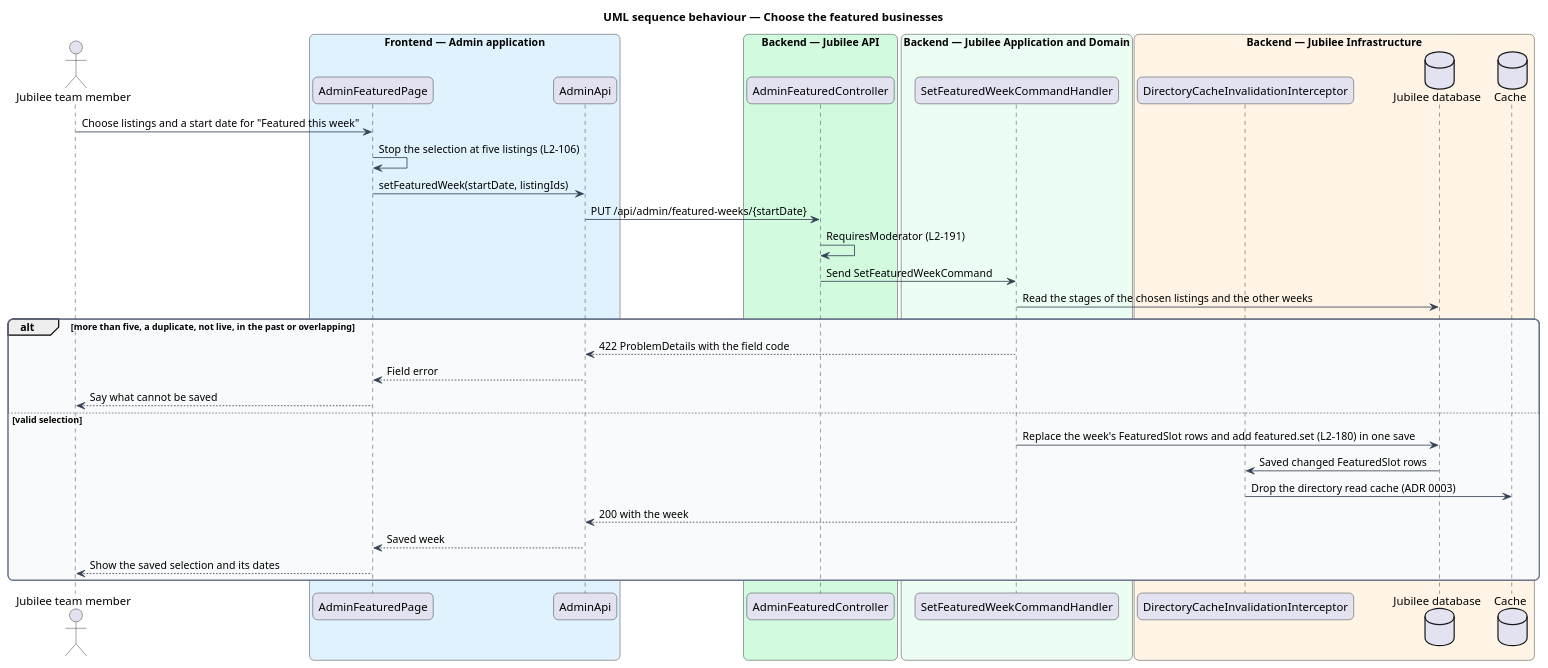
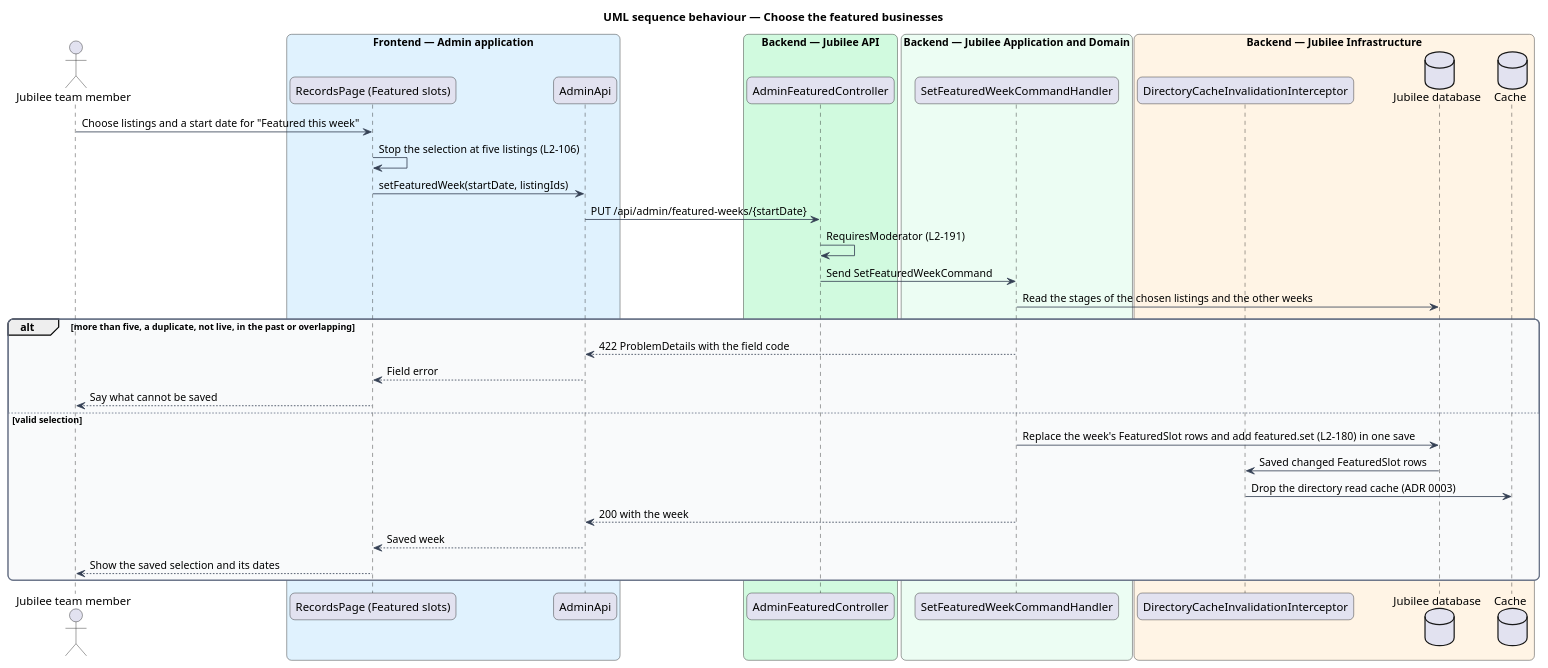
Before and after one commit to QuinntyneBrown/jubilee: the diagram in docs/detailed-designs/moderation/feature-businesses/diagrams/sequence-set-featured-week.puml, drawn with PlantUML. The commit also changed 81 other files, not shown here.

First line of the commit message:
docs(admin): design the schema-driven admin application (journey 35)

```diff
--- a/docs/detailed-designs/moderation/feature-businesses/diagrams/sequence-set-featured-week.puml
+++ b/docs/detailed-designs/moderation/feature-businesses/diagrams/sequence-set-featured-week.puml
@@ -1,52 +1,52 @@
 @startuml
 title UML sequence behaviour — Choose the featured businesses
 skinparam backgroundColor #FFFFFF
 skinparam shadowing false
 skinparam roundcorner 12
 skinparam defaultFontName Arial
 skinparam ArrowColor #344054
 skinparam rectangle {
   BorderColor #344054
   FontColor #101828
 }
 skinparam package {
   BorderColor #667085
   FontColor #101828
   BackgroundColor #F9FAFB
 }
 actor "Jubilee team member" as actor
 box "Frontend — Admin application" #E0F2FE
-  participant "AdminFeaturedPage" as page
+  participant "RecordsPage (Featured slots)" as page
   participant "AdminApi" as client
 end box
 box "Backend — Jubilee API" #D1FADF
   participant "AdminFeaturedController" as controller
 end box
 box "Backend — Jubilee Application and Domain" #ECFDF3
   participant "SetFeaturedWeekCommandHandler" as handler
 end box
 box "Backend — Jubilee Infrastructure" #FFF4E5
   participant "DirectoryCacheInvalidationInterceptor" as icpt
   database "Jubilee database" as db
   database "Cache" as cache
 end box
 actor -> page : Choose listings and a start date for "Featured this week"
 page -> page : Stop the selection at five listings (L2-106)
 page -> client : setFeaturedWeek(startDate, listingIds)
 client -> controller : PUT /api/admin/featured-weeks/{startDate}
 controller -> controller : RequiresModerator (L2-191)
 controller -> handler : Send SetFeaturedWeekCommand
 handler -> db : Read the stages of the chosen listings and the other weeks
 alt more than five, a duplicate, not live, in the past or overlapping
   handler --> client : 422 ProblemDetails with the field code
   client --> page : Field error
   page --> actor : Say what cannot be saved
 else valid selection
   handler -> db : Replace the week's FeaturedSlot rows and add featured.set (L2-180) in one save
   db -> icpt : Saved changed FeaturedSlot rows
   icpt -> cache : Drop the directory read cache (ADR 0003)
   handler --> client : 200 with the week
   client --> page : Saved week
   page --> actor : Show the saved selection and its dates
 end
 @enduml
```
